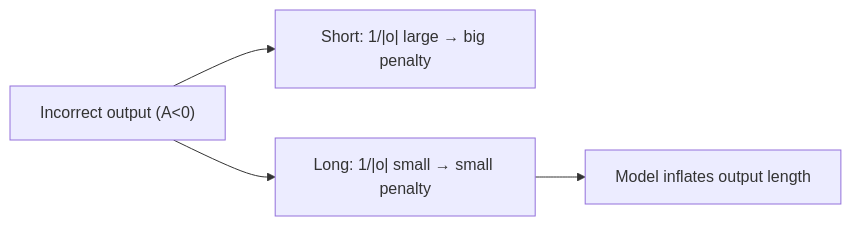
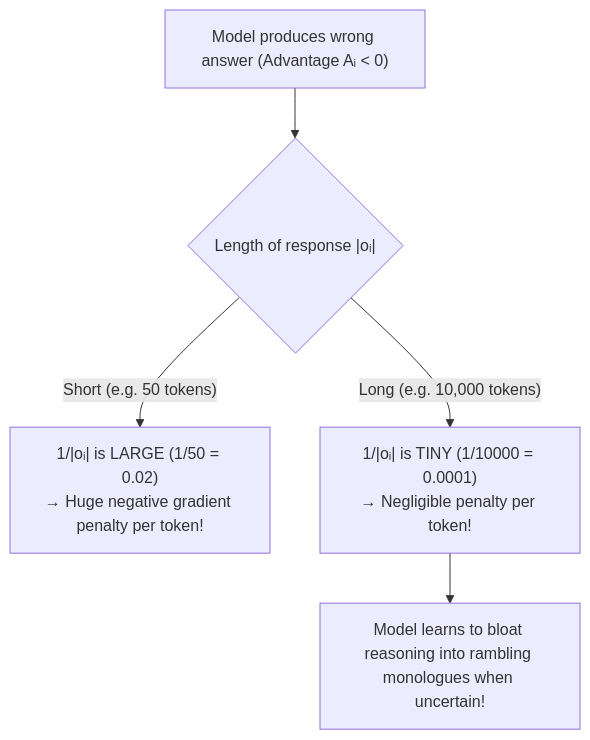
The fourth of 5 diagrams in content/docs/ai-agents/agentic-ai/06-llm-reasoning-grpo-and-r1.mdx (1345AbhishekKumar/cs-cookbook), drawn with Mermaid before and after one commit. The commit also changed other lines of this file and 299 other files, not shown here.

````diff
--- a/content/docs/ai-agents/agentic-ai/06-llm-reasoning-grpo-and-r1.mdx
+++ b/content/docs/ai-agents/agentic-ai/06-llm-reasoning-grpo-and-r1.mdx
@@ -100,6 +154,7 @@
 ```mermaid
-flowchart LR
-    Wrong["Incorrect output (A<0)"] --> Short["Short: 1/|o| large → big penalty"]
-    Wrong --> Long["Long: 1/|o| small → small penalty"]
-    Long --> Inflation["Model inflates output length"]
+flowchart TD
+    Wrong["Model produces wrong answer (Advantage Aᵢ < 0)"] --> Branch{"Length of response |oᵢ|"}
+    Branch -->|"Short (e.g. 50 tokens)"| Short["1/|oᵢ| is LARGE (1/50 = 0.02)<br/>→ Huge negative gradient penalty per token!"]
+    Branch -->|"Long (e.g. 10,000 tokens)"| Long["1/|oᵢ| is TINY (1/10000 = 0.0001)<br/>→ Negligible penalty per token!"]
+    Long --> Bloat["Model learns to bloat reasoning into rambling monologues when uncertain!"]
 ```
````
